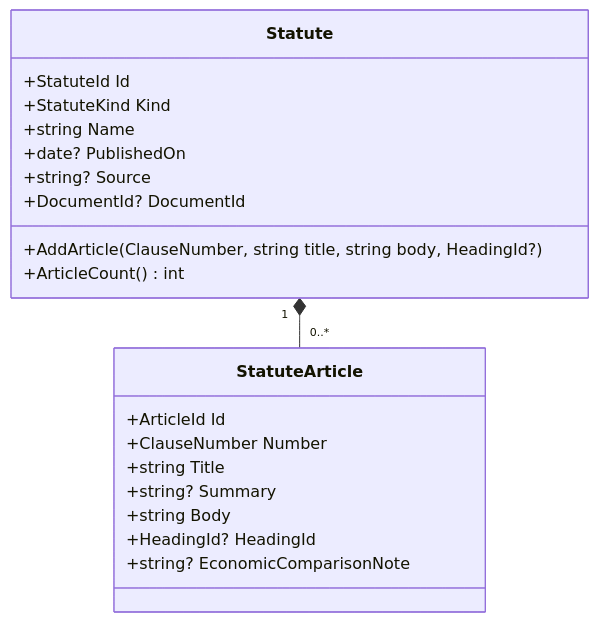
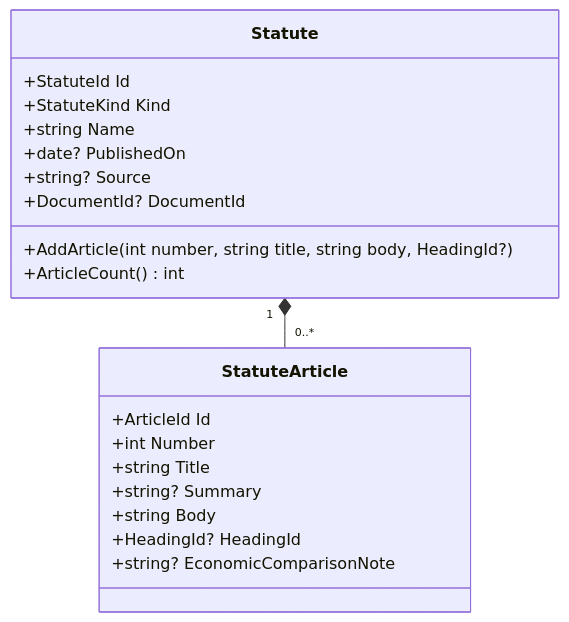
The third of 7 diagrams in docs/architecture/domain-model.md (acamposve/convencion-aspire-ai), drawn with Mermaid before and after one commit. The commit also changed other lines of this file and 6 other files, not shown here.

````diff
--- a/docs/architecture/domain-model.md
+++ b/docs/architecture/domain-model.md
@@ -317,23 +317,23 @@
 ```mermaid
 classDiagram
     class Statute {
         +StatuteId Id
         +StatuteKind Kind
         +string Name
         +date? PublishedOn
         +string? Source
         +DocumentId? DocumentId
-        +AddArticle(ClauseNumber, string title, string body, HeadingId?)
+        +AddArticle(int number, string title, string body, HeadingId?)
         +ArticleCount() int
     }
     class StatuteArticle {
         +ArticleId Id
-        +ClauseNumber Number
+        +int Number
         +string Title
         +string? Summary
         +string Body
         +HeadingId? HeadingId
         +string? EconomicComparisonNote
     }
     Statute "1" *-- "0..*" StatuteArticle
 ```
````
